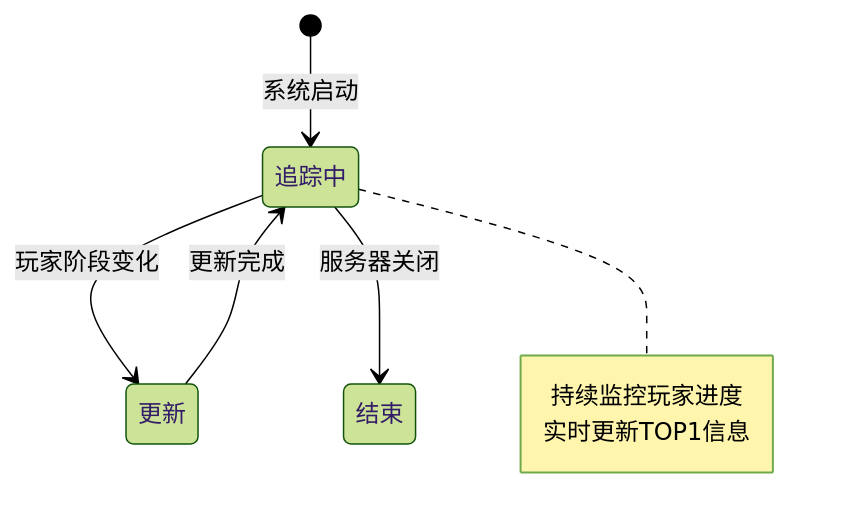
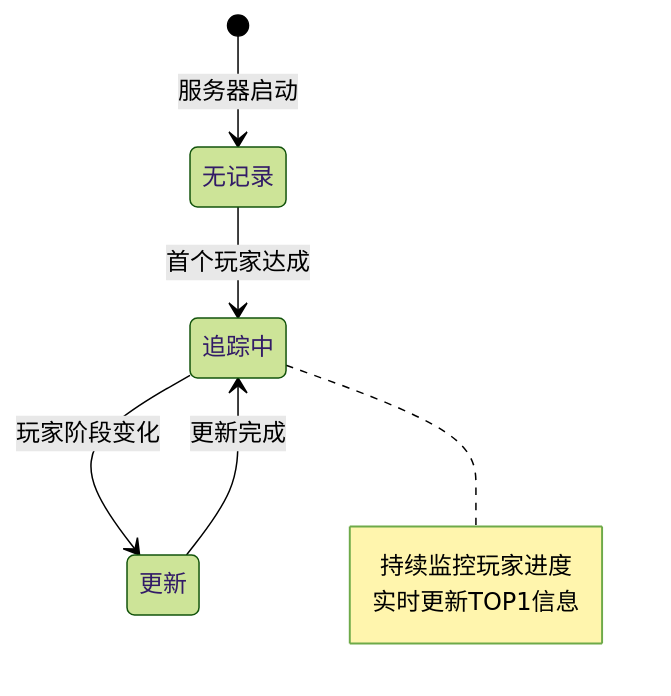
The fourth of 6 diagrams in docs/Module_StageGoal/06_实现细节.md (Alan-Ben/k2c_game_framework), drawn with Mermaid (forest theme) before and after one commit. The commit also changed other lines of this file and 32 other files, not shown here.

````diff
--- a/docs/Module_StageGoal/06_实现细节.md
+++ b/docs/Module_StageGoal/06_实现细节.md
@@ -128,12 +159,12 @@
 ```mermaid
 stateDiagram-v2
-    [*] --> 追踪中: 系统启动
+    [*] --> 无记录: 服务器启动
+    无记录 --> 追踪中: 首个玩家达成
     追踪中 --> 更新: 玩家阶段变化
     更新 --> 追踪中: 更新完成
-    追踪中 --> 结束: 服务器关闭
 
     note right of 追踪中
         持续监控玩家进度
         实时更新TOP1信息
     end note
 ```
````
